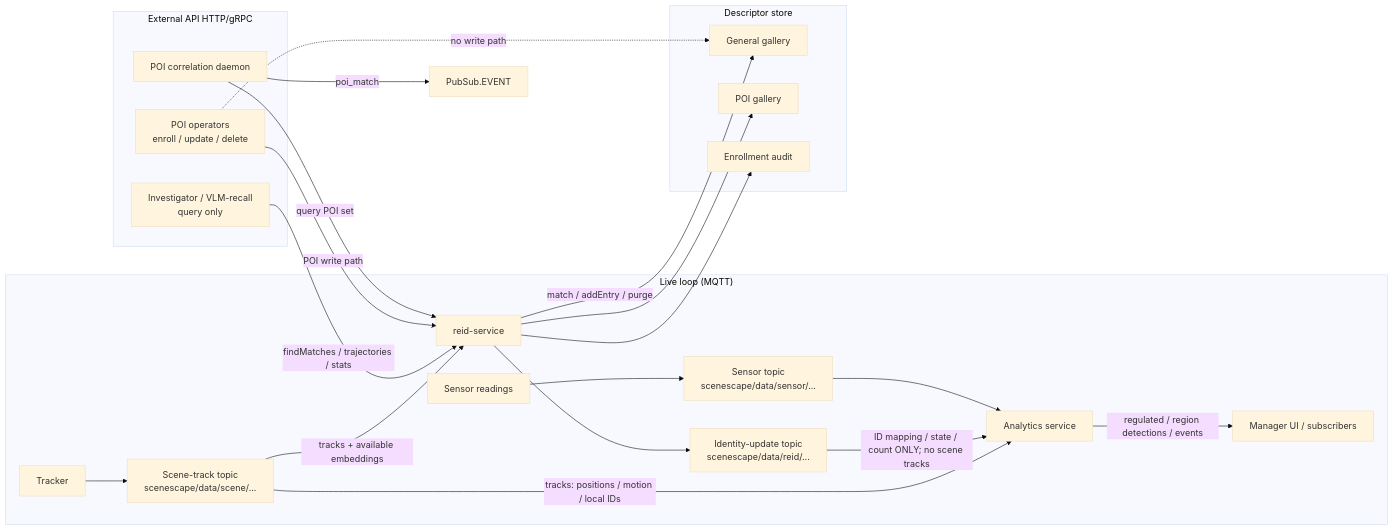
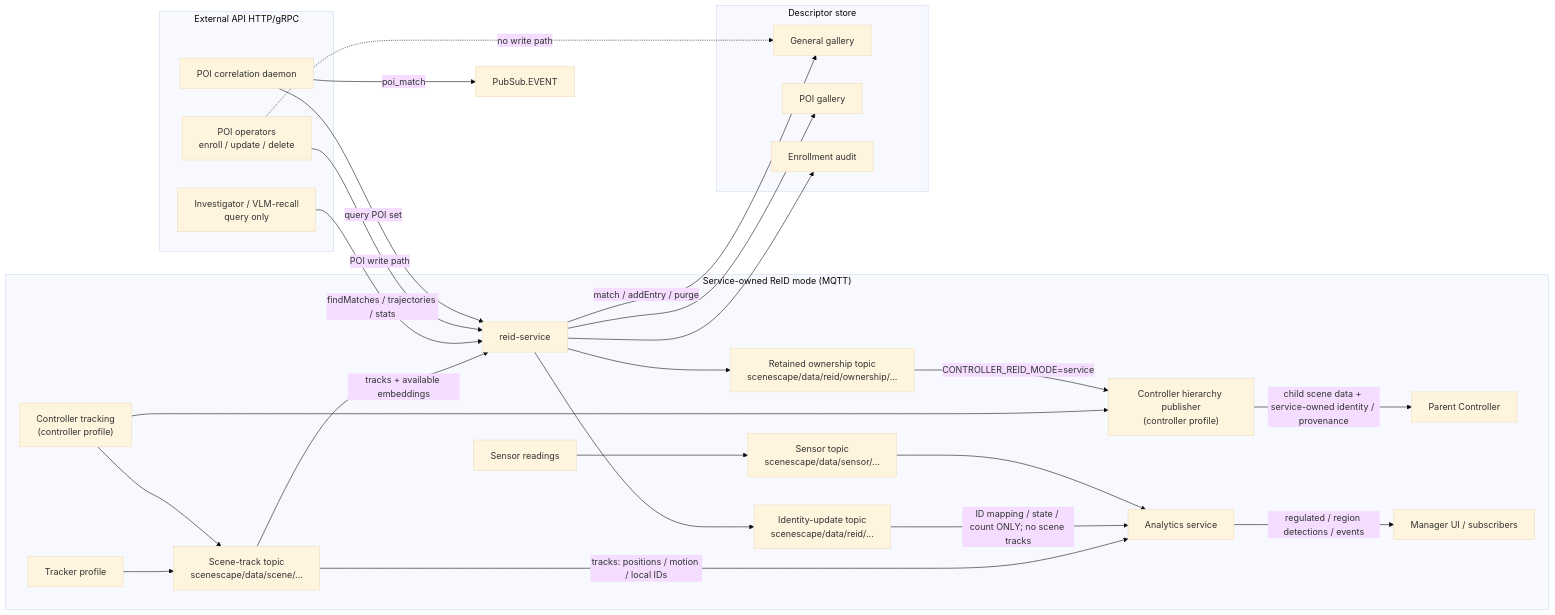
Before and after one commit to open-edge-platform/scenescape: the diagram in docs/design/reid-service.md, drawn with Mermaid (base theme). The commit also changed other lines of this file and 15 other files, not shown here.

Commit message:
feat(reid): delegate hierarchy ownership to service

````diff
--- a/docs/design/reid-service.md
+++ b/docs/design/reid-service.md
@@ -114,36 +127,41 @@
 ```mermaid
 flowchart LR
-  subgraph Live["Live loop (MQTT)"]
-    TRK[Tracker] --> TRACKS["Scene-track topic<br/>scenescape/data/scene/..."]
+  subgraph Live["Service-owned ReID mode (MQTT)"]
+    TRK[Tracker profile] --> TRACKS["Scene-track topic<br/>scenescape/data/scene/..."]
+    CTRL["Controller tracking<br/>(controller profile)"] --> TRACKS
+    CTRL --> HIER["Controller hierarchy publisher<br/>(controller profile)"]
     TRACKS -->|tracks + available embeddings| REID[reid-service]
     TRACKS -->|tracks: positions / motion / local IDs| AN[Analytics service]
     REID --> IDS["Identity-update topic<br/>scenescape/data/reid/..."]
     IDS -->|ID mapping / state / count ONLY; no scene tracks| AN
+    REID --> OWN["Retained ownership topic<br/>scenescape/data/reid/ownership/..."]
+    OWN -->|CONTROLLER_REID_MODE=service| HIER
+    HIER -->|child scene data + service-owned identity / provenance| PARENT[Parent Controller]
     SEN[Sensor readings] --> SENSORS["Sensor topic<br/>scenescape/data/sensor/..."]
     SENSORS --> AN
     AN -->|regulated / region detections / events| OUT[Manager UI / subscribers]
   end
 
   subgraph Store["Descriptor store"]
     GEN[General gallery]
     POI[POI gallery]
     AUD[Enrollment audit]
   end
 
   REID -->|match / addEntry / purge| GEN
   REID --> POI
   REID --> AUD
 
   subgraph Ext["External API HTTP/gRPC"]
     INV[Investigator / VLM-recall<br/>query only]
     OPS[POI operators<br/>enroll / update / delete]
     COR[POI correlation daemon]
   end
 
   INV -->|findMatches / trajectories / stats| REID
   OPS -->|POI write path| REID
   COR -->|query POI set| REID
   COR -->|poi_match| EVT[PubSub.EVENT]
 
   OPS -.->|no write path| GEN
 ```
````
